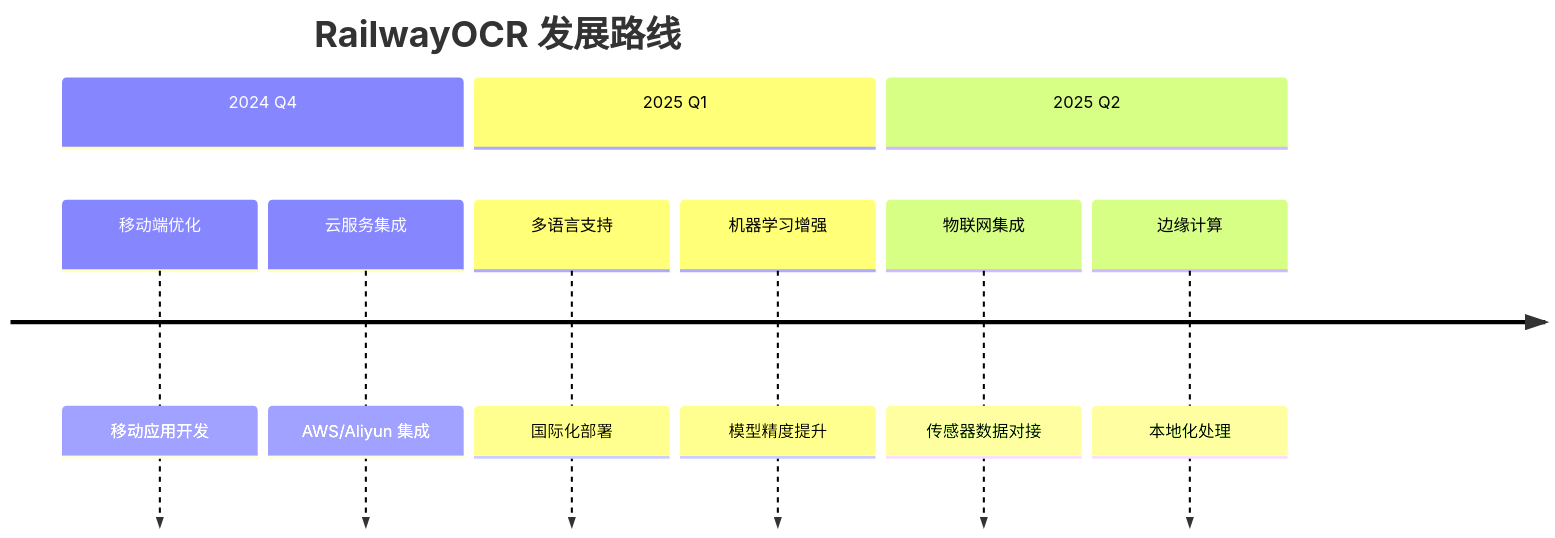
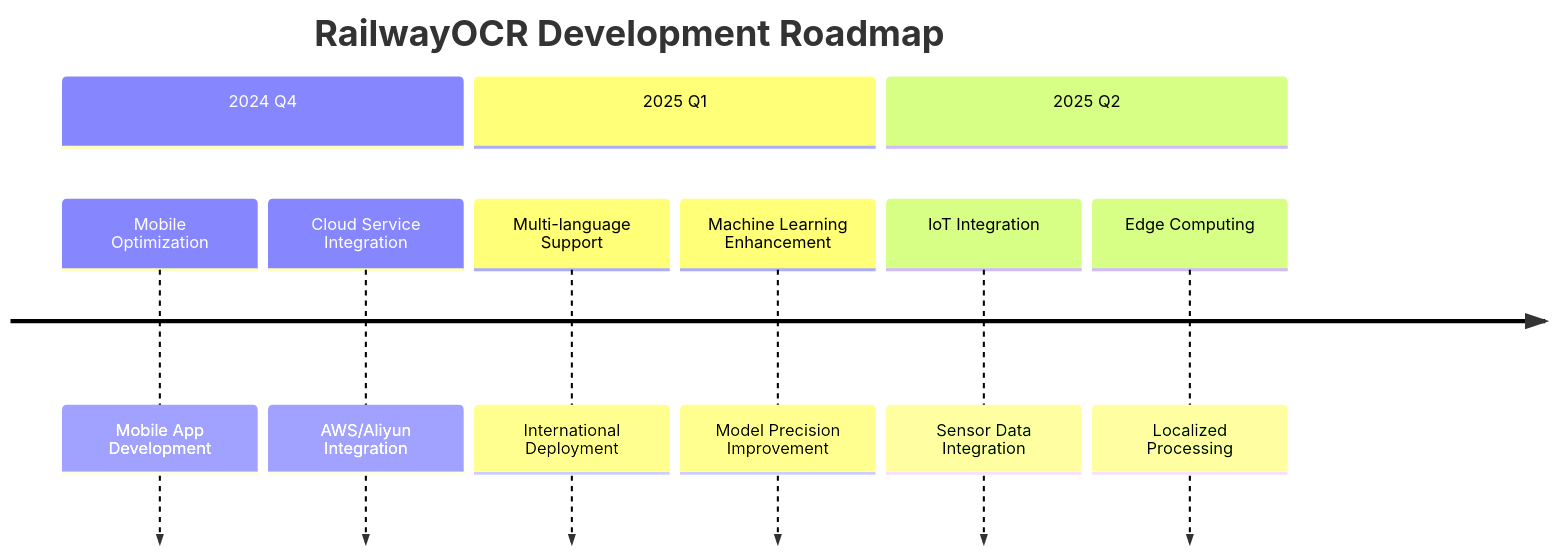
The second of 3 diagrams in README.md (YangShengzhou03/RailwayOCR), drawn with Mermaid before and after one commit. The commit also changed other lines of this file and 3 other files, not shown here.

````diff
--- a/README.md
+++ b/README.md
@@ -183,13 +183,13 @@
 ```mermaid
 timeline
-    title RailwayOCR 发展路线
+    title RailwayOCR Development Roadmap
     section 2024 Q4
-        移动端优化       : 移动应用开发
-        云服务集成       : AWS/Aliyun 集成
+        Mobile Optimization       : Mobile App Development
+        Cloud Service Integration : AWS/Aliyun Integration
     section 2025 Q1  
-        多语言支持       : 国际化部署
-        机器学习增强     : 模型精度提升
+        Multi-language Support    : International Deployment
+        Machine Learning Enhancement : Model Precision Improvement
     section 2025 Q2
-        物联网集成       : 传感器数据对接
-        边缘计算         : 本地化处理
+        IoT Integration           : Sensor Data Integration
+        Edge Computing            : Localized Processing
 ```
````
